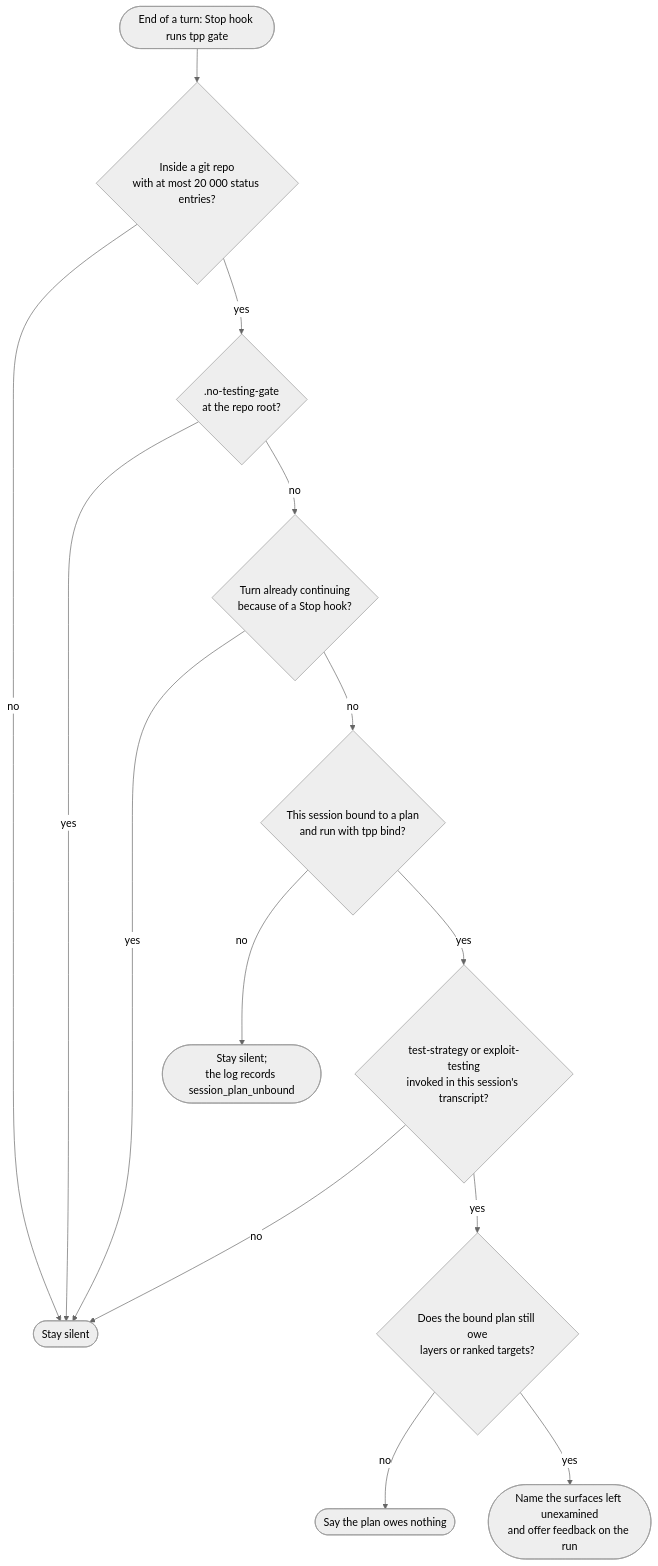
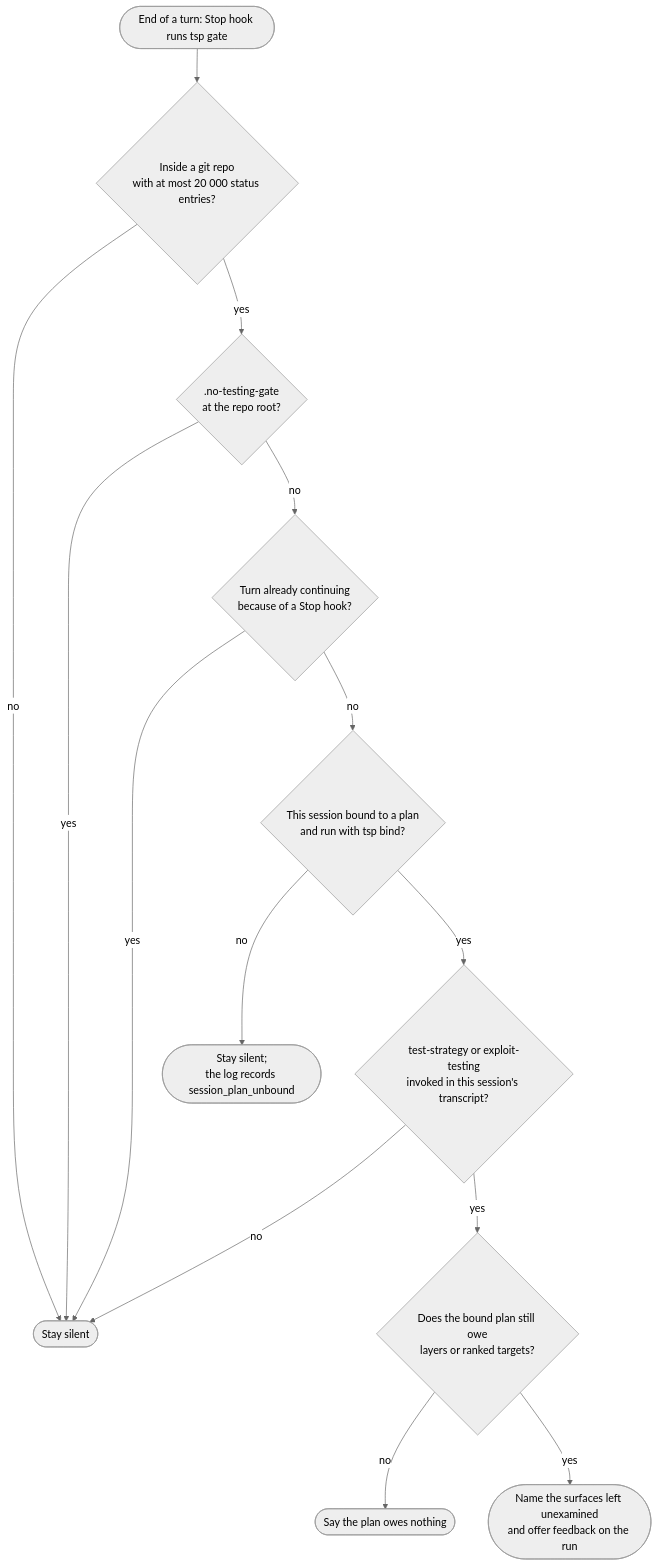
Before and after one commit to alesierraalta/tpp: the second of 4 diagrams in README.md, drawn with Mermaid (neutral theme). The commit also changed other lines of this file and 4 other files, not shown here.

Commit message:
docs(tsp): align current guidance and preserve TPP bridge requirements

````diff
--- a/README.md
+++ b/README.md
@@ -49,16 +49,16 @@
 ```mermaid
 flowchart TD
-    stop([End of a turn: Stop hook runs tpp gate]) --> repo{Inside a git repo<br/>with at most 20 000 status entries?}
+    stop([End of a turn: Stop hook runs tsp gate]) --> repo{Inside a git repo<br/>with at most 20 000 status entries?}
     repo -- no --> quiet([Stay silent])
     repo -- yes --> optout{.no-testing-gate<br/>at the repo root?}
     optout -- yes --> quiet
     optout -- no --> loop{Turn already continuing<br/>because of a Stop hook?}
     loop -- yes --> quiet
-    loop -- no --> bound{This session bound to a plan<br/>and run with tpp bind?}
+    loop -- no --> bound{This session bound to a plan<br/>and run with tsp bind?}
     bound -- no --> unbound([Stay silent;<br/>the log records session_plan_unbound])
     bound -- yes --> ran{test-strategy or exploit-testing<br/>invoked in this session's transcript?}
     ran -- no --> quiet
     ran -- yes --> owed{Does the bound plan still owe<br/>layers or ranked targets?}
     owed -- no --> done([Say the plan owes nothing])
     owed -- yes --> ask2([Name the surfaces left unexamined<br/>and offer feedback on the run])
 ```
````
